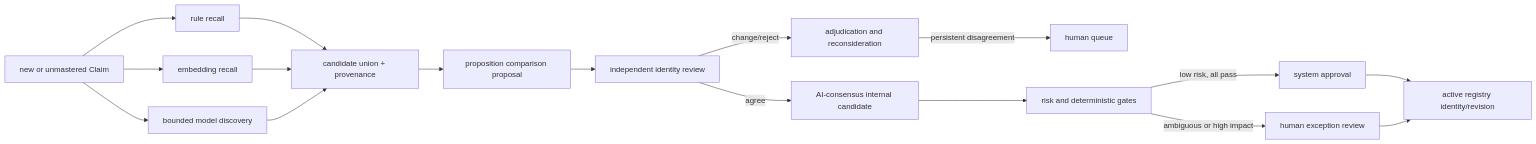
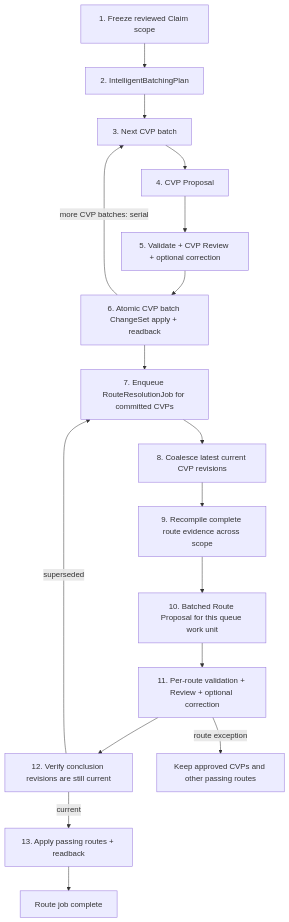
The third of 7 diagrams in docs/wang-knowledge-platform/canonical_viewpoint_registry_design_v1.md (junyang168/smart-answer), drawn with Mermaid before and after one commit. The commit also changed other lines of this file and 36 other files, not shown here.

````diff
--- a/docs/wang-knowledge-platform/canonical_viewpoint_registry_design_v1.md
+++ b/docs/wang-knowledge-platform/canonical_viewpoint_registry_design_v1.md
@@ -673,19 +974,19 @@
 ```mermaid
-flowchart LR
-    N["new or unmastered Claim"] --> D["rule recall"]
-    N --> E["embedding recall"]
-    N --> M["bounded model discovery"]
-    D --> U["candidate union + provenance"]
-    E --> U
-    M --> U
-    U --> P["proposition comparison proposal"]
-    P --> R["independent identity review"]
-    R -->|agree| C["AI-consensus internal candidate"]
-    R -->|change/reject| A["adjudication and reconsideration"]
-    A -->|persistent disagreement| H["human queue"]
-    C --> G["risk and deterministic gates"]
-    G -->|low risk, all pass| S["system approval"]
-    G -->|ambiguous or high impact| H2["human exception review"]
-    S --> V["active registry identity/revision"]
-    H2 --> V
+flowchart TD
+    S["1. Freeze reviewed Claim scope"] --> I["2. IntelligentBatchingPlan"]
+    I --> N["3. Next CVP batch"]
+    N --> P["4. CVP Proposal"]
+    P --> R["5. Validate + CVP Review + optional correction"]
+    R --> C["6. Atomic CVP batch ChangeSet apply + readback"]
+    C -->|"more CVP batches: serial"| N
+    C --> Q["7. Enqueue RouteResolutionJob for committed CVPs"]
+    Q --> F["8. Coalesce latest current CVP revisions"]
+    F --> E["9. Recompile complete route evidence across scope"]
+    E --> RP["10. Batched Route Proposal for this queue work unit"]
+    RP --> RR["11. Per-route validation + Review + optional correction"]
+    RR --> CV["12. Verify conclusion revisions are still current"]
+    CV -->|"current"| RA["13. Apply passing routes + readback"]
+    CV -->|"superseded"| Q
+    RR -->|"route exception"| RX["Keep approved CVPs and other passing routes"]
+    RA --> Z["Route job complete"]
 ```
````
